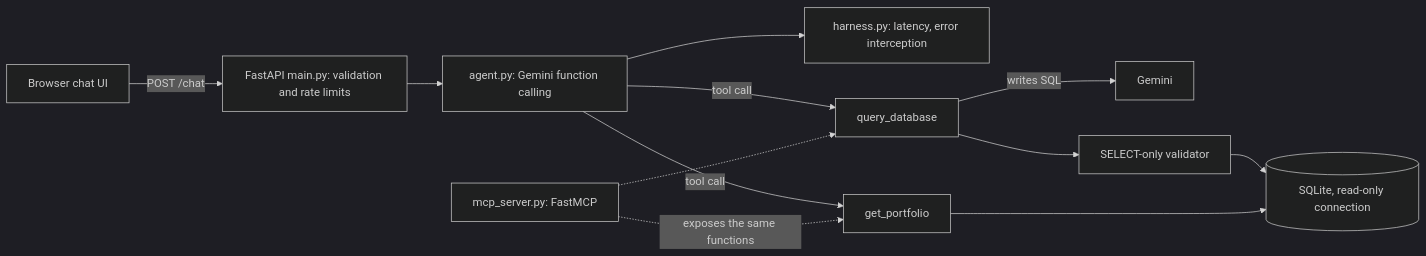
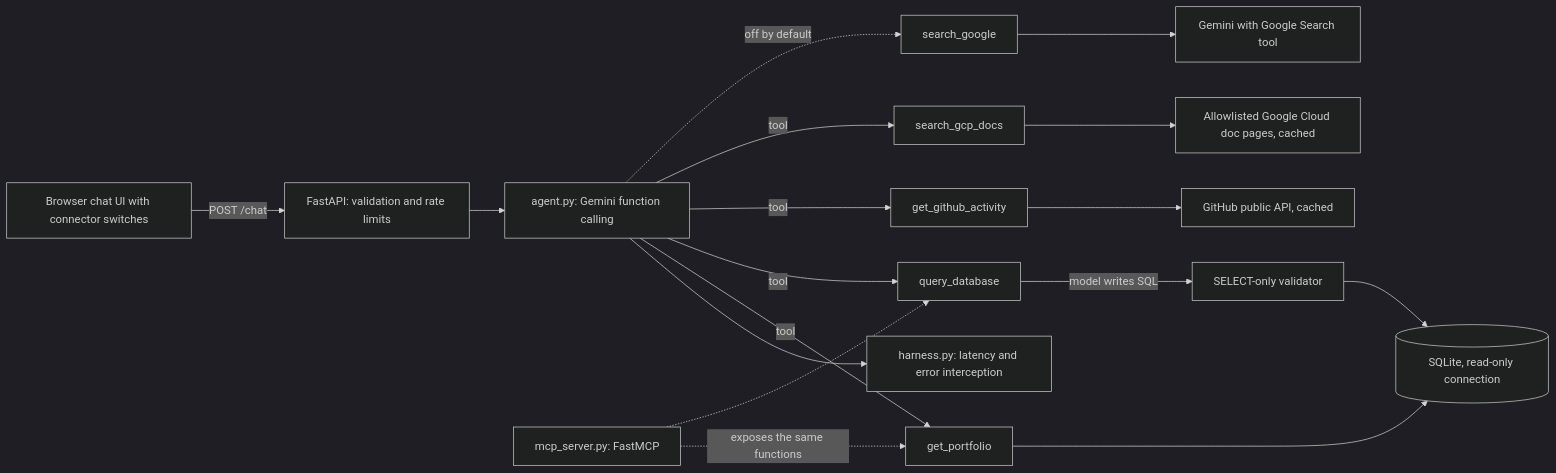
One commit to bl986/lifeops-copilot changed the diagram in README.md. Above: the diagram before and after it, drawn with Mermaid (dark theme). The commit also changed other lines of this file and 2 other files, not shown here.

````diff
--- a/README.md
+++ b/README.md
@@ -15,14 +29,19 @@
 ```mermaid
 flowchart LR
-    B[Browser chat UI] -->|POST /chat| API[FastAPI main.py: validation and rate limits]
+    B[Browser chat UI with connector switches] -->|POST /chat| API[FastAPI: validation and rate limits]
     API --> AG[agent.py: Gemini function calling]
-    AG --> H[harness.py: latency, error interception]
-    AG -->|tool call| P[get_portfolio]
-    AG -->|tool call| Q[query_database]
-    Q -->|writes SQL| LLM[Gemini]
-    Q --> V[SELECT-only validator]
+    AG --> H[harness.py: latency and error interception]
+    AG -->|tool| P[get_portfolio]
+    AG -->|tool| Q[query_database]
+    AG -->|tool| G[get_github_activity]
+    AG -->|tool| D[search_gcp_docs]
+    AG -.->|off by default| S[search_google]
+    Q -->|model writes SQL| V[SELECT-only validator]
     V --> DB[(SQLite, read-only connection)]
     P --> DB
+    G --> GH[GitHub public API, cached]
+    D --> DOCS[Allowlisted Google Cloud doc pages, cached]
+    S --> GS[Gemini with Google Search tool]
     MCP[mcp_server.py: FastMCP] -.exposes the same functions.-> P
     MCP -.-> Q
 ```
````
